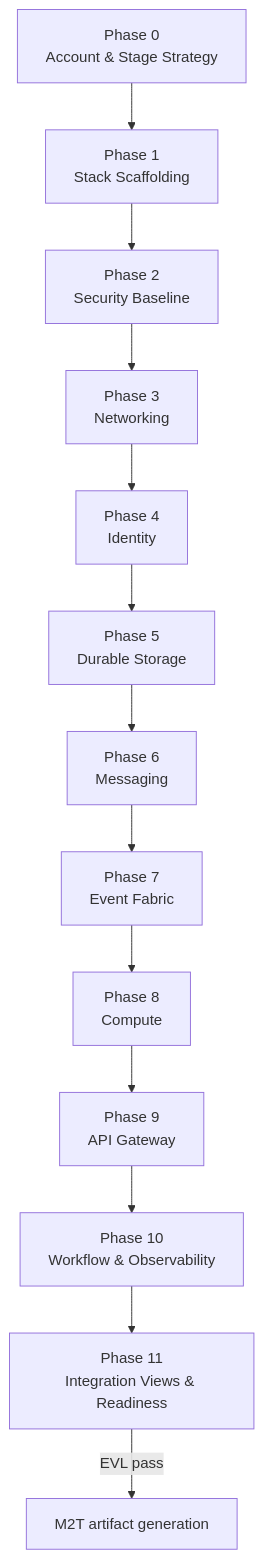
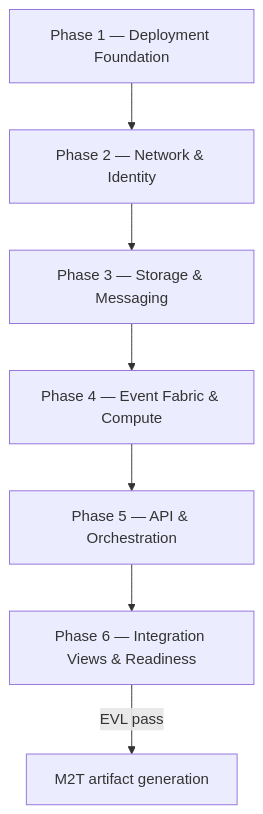
The diagram in docs/public-docs/docs/guides/psm-modeling-methodology.md (mehdieidi/modriss), drawn with Mermaid before and after one commit. The commit also changed other lines of this file and 65 other files, not shown here.

````diff
--- a/docs/public-docs/docs/guides/psm-modeling-methodology.md
+++ b/docs/public-docs/docs/guides/psm-modeling-methodology.md
@@ -19,19 +29,12 @@
 ```mermaid
 flowchart TD
-  P0["Phase 0<br/>Account & Stage Strategy"]
-  P1["Phase 1<br/>Stack Scaffolding"]
-  P2["Phase 2<br/>Security Baseline"]
-  P3["Phase 3<br/>Networking"]
-  P4["Phase 4<br/>Identity"]
-  P5["Phase 5<br/>Durable Storage"]
-  P6["Phase 6<br/>Messaging"]
-  P7["Phase 7<br/>Event Fabric"]
-  P8["Phase 8<br/>Compute"]
-  P9["Phase 9<br/>API Gateway"]
-  P10["Phase 10<br/>Workflow & Observability"]
-  P11["Phase 11<br/>Integration Views & Readiness"]
+  PH1["Phase 1 — Deployment Foundation"]
+  PH2["Phase 2 — Network & Identity"]
+  PH3["Phase 3 — Storage & Messaging"]
+  PH4["Phase 4 — Event Fabric & Compute"]
+  PH5["Phase 5 — API & Orchestration"]
+  PH6["Phase 6 — Integration Views & Readiness"]
 
-  P0 --> P1 --> P2 --> P3 --> P4 --> P5
-  P5 --> P6 --> P7 --> P8 --> P9 --> P10 --> P11
-  P11 -->|EVL pass| GATE["M2T artifact generation"]
+  PH1 --> PH2 --> PH3 --> PH4 --> PH5 --> PH6
+  PH6 -->|EVL pass| GATE["M2T artifact generation"]
 ```
````
